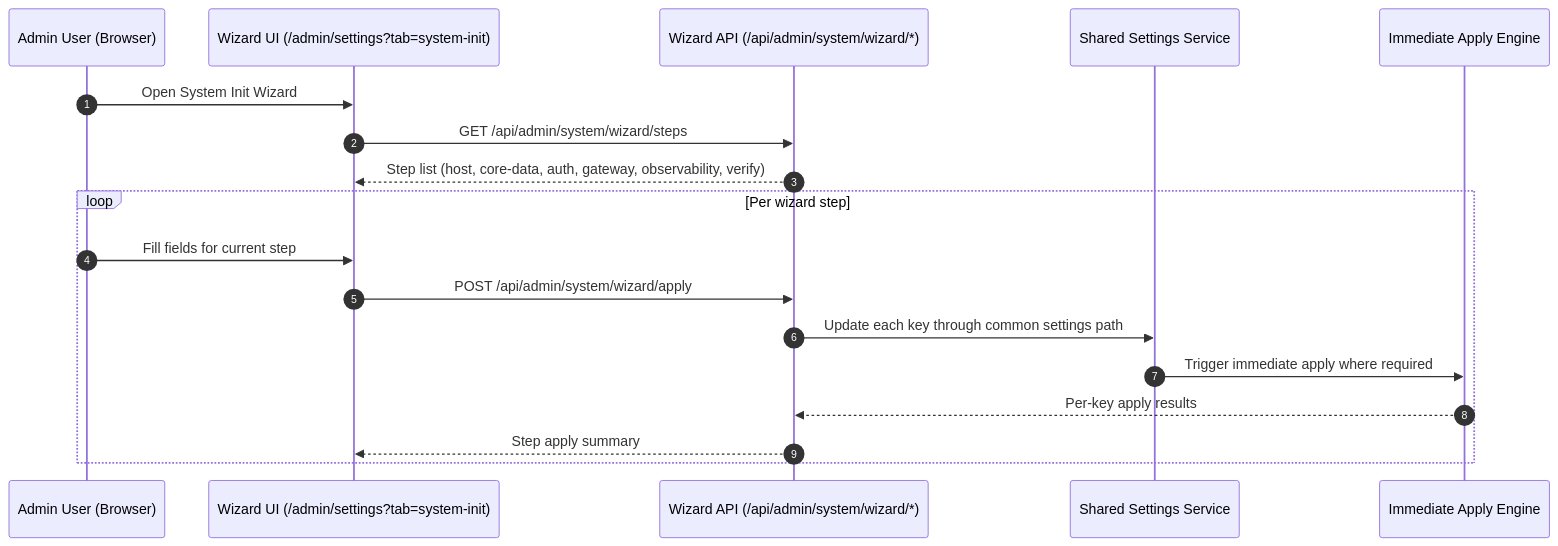
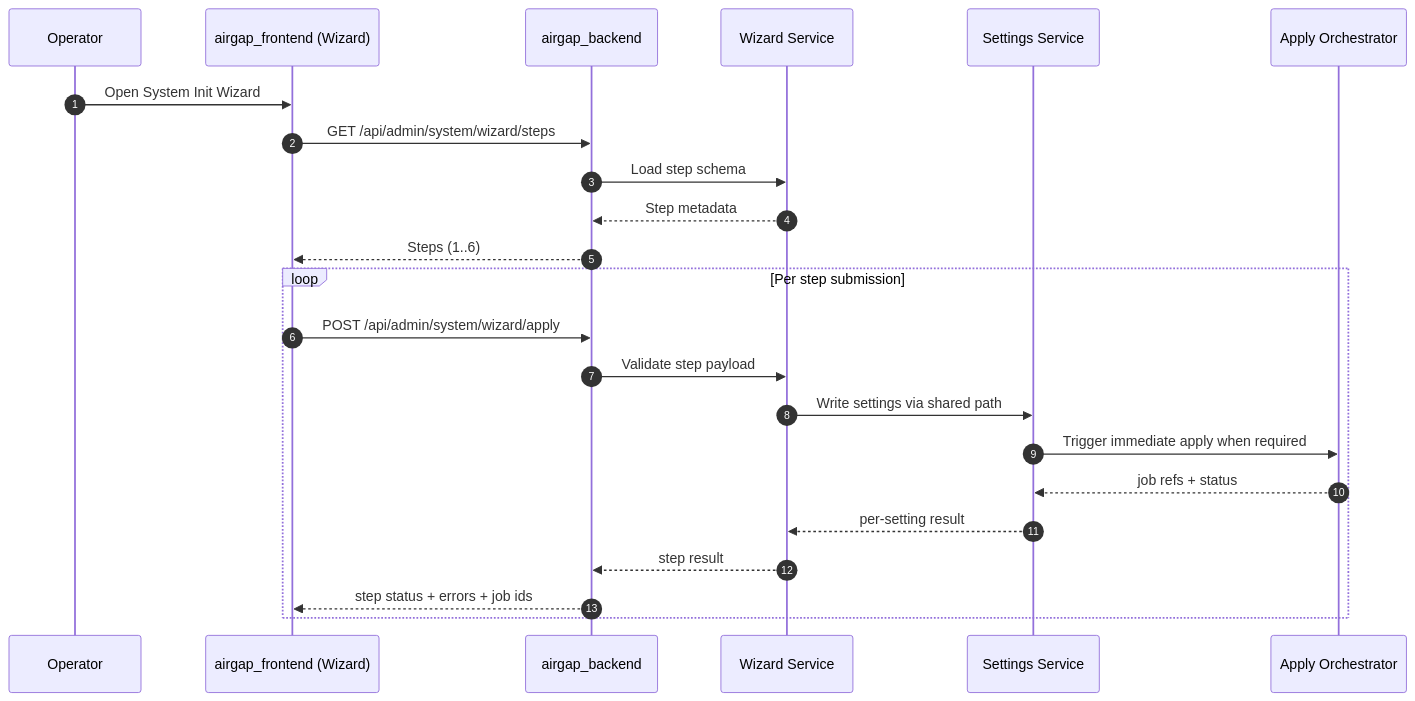
The eighth of 10 diagrams in profile/call-sequence.md (llm-port/.github), drawn with Mermaid before and after one commit. The commit also changed other lines of this file and 1 other file, not shown here.

Commit message:
update call sequence and readme

````diff
--- a/profile/call-sequence.md
+++ b/profile/call-sequence.md
@@ -112,22 +258,27 @@
 ```mermaid
 sequenceDiagram
     autonumber
-    participant User as Admin User (Browser)
-    participant FE as Wizard UI (/admin/settings?tab=system-init)
-    participant BE as Wizard API (/api/admin/system/wizard/*)
-    participant Settings as Shared Settings Service
-    participant Apply as Immediate Apply Engine
+    participant U as Operator
+    participant FE as airgap_frontend (Wizard)
+    participant BE as airgap_backend
+    participant WIZ as Wizard Service
+    participant SET as Settings Service
+    participant APPLY as Apply Orchestrator
 
-    User->>FE: Open System Init Wizard
+    U->>FE: Open System Init Wizard
     FE->>BE: GET /api/admin/system/wizard/steps
-    BE-->>FE: Step list (host, core-data, auth, gateway, observability, verify)
+    BE->>WIZ: Load step schema
+    WIZ-->>BE: Step metadata
+    BE-->>FE: Steps (1..6)
 
-    loop Per wizard step
-        User->>FE: Fill fields for current step
-        FE->>BE: POST /api/admin/system/wizard/apply
-        BE->>Settings: Update each key through common settings path
-        Settings->>Apply: Trigger immediate apply where required
-        Apply-->>BE: Per-key apply results
-        BE-->>FE: Step apply summary
+    loop Per step submission
+      FE->>BE: POST /api/admin/system/wizard/apply
+      BE->>WIZ: Validate step payload
+      WIZ->>SET: Write settings via shared path
+      SET->>APPLY: Trigger immediate apply when required
+      APPLY-->>SET: job refs + status
+      SET-->>WIZ: per-setting result
+      WIZ-->>BE: step result
+      BE-->>FE: step status + errors + job ids
     end
 ```
````
